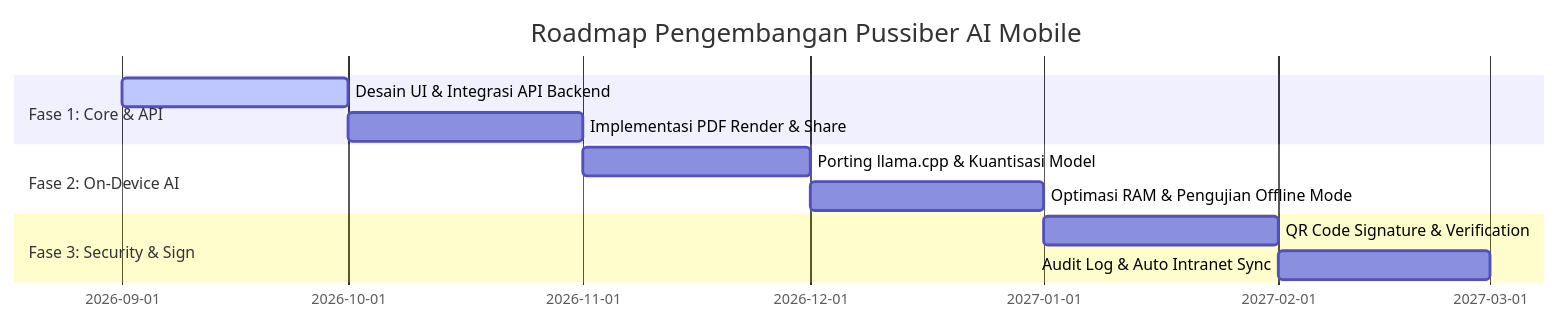
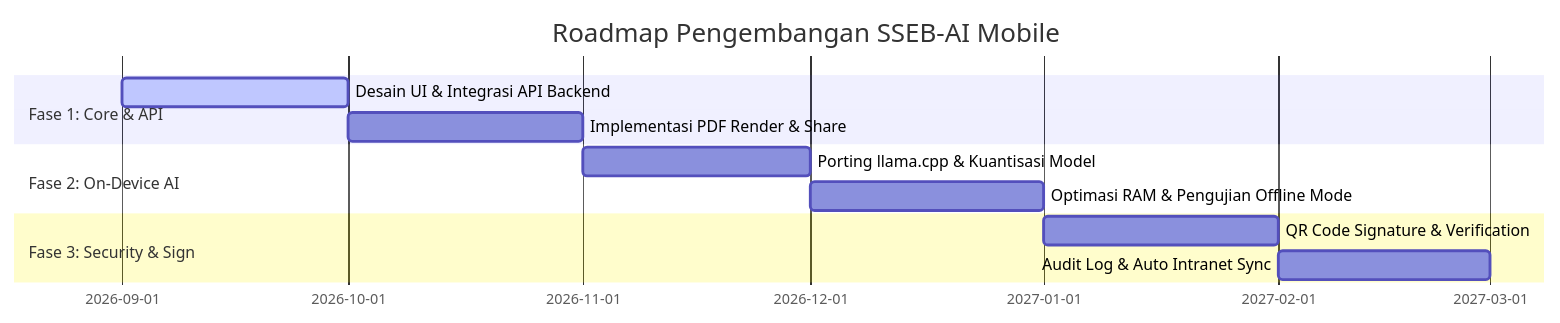
One commit to localdev1313-maker/llm-surat-generator_v1 changed the third of 3 diagrams in PRD.md. Above: the diagram before and after it, drawn with Mermaid. The commit also changed other lines of this file and 32 other files, not shown here.

````diff
--- a/PRD.md
+++ b/PRD.md
@@ -214,14 +214,14 @@
 ```mermaid
 gantt
-    title Roadmap Pengembangan Pussiber AI Mobile
+    title Roadmap Pengembangan SSEB-AI Mobile
     dateFormat  YYYY-MM
     section Fase 1: Core & API
     Desain UI & Integrasi API Backend       :active, f1, 2026-09, 2026-10
     Implementasi PDF Render & Share         :f2, 2026-10, 2026-11
     section Fase 2: On-Device AI
     Porting llama.cpp & Kuantisasi Model    :f3, 2026-11, 2026-12
     Optimasi RAM & Pengujian Offline Mode   :f4, 2026-12, 2027-01
     section Fase 3: Security & Sign
     QR Code Signature & Verification        :f5, 2027-01, 2027-02
     Audit Log & Auto Intranet Sync          :f6, 2027-02, 2027-03
 ```
````
